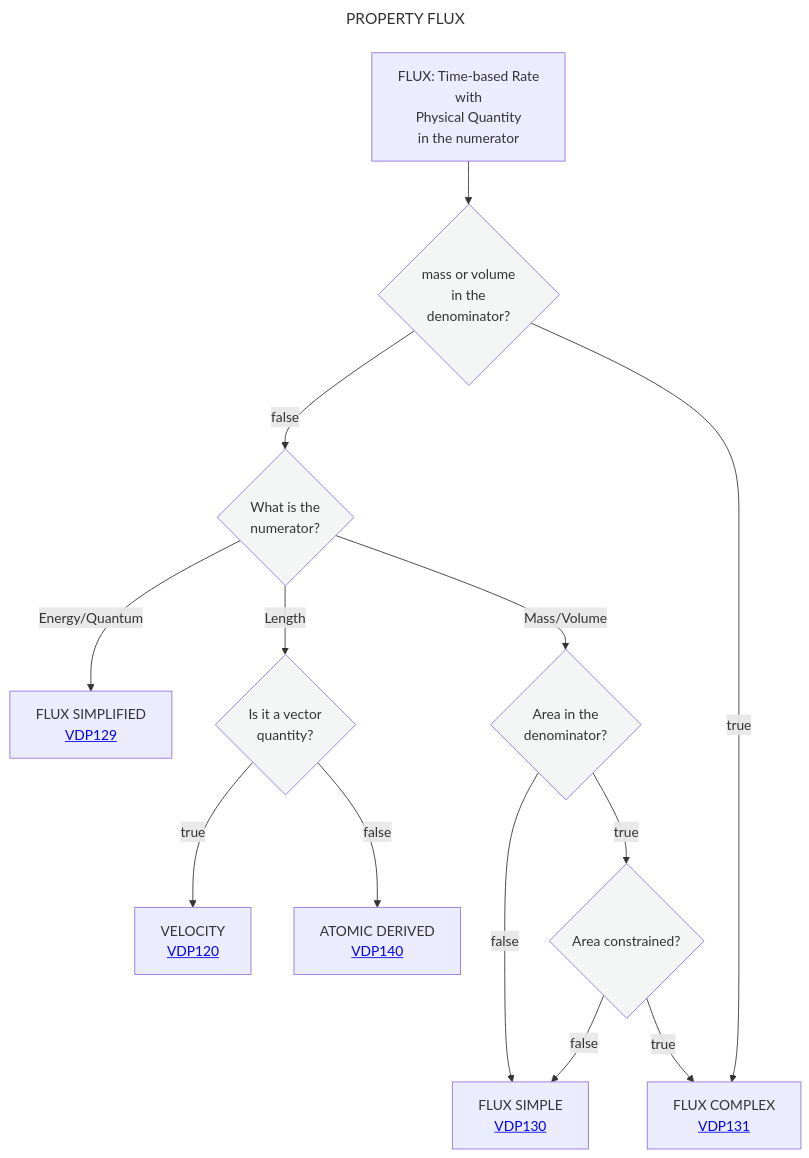
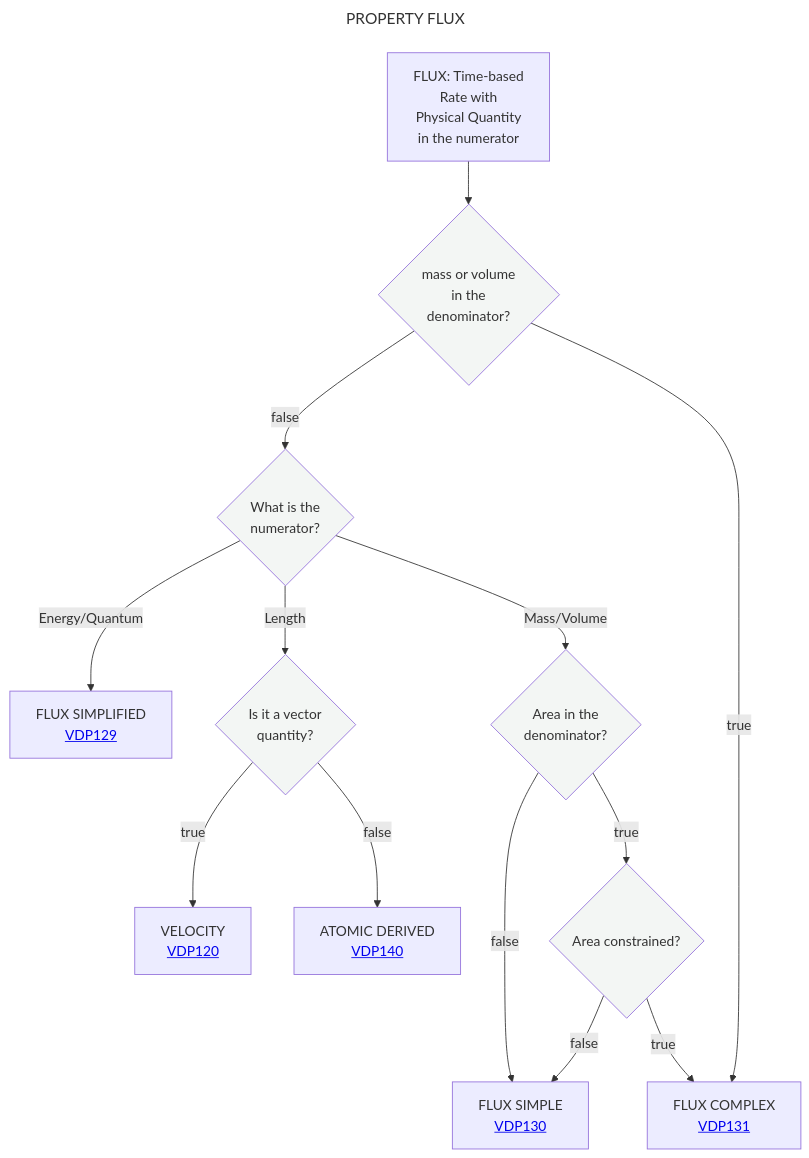
One commit to mabablue/I-ADOPT-patterns-playground changed the diagram in Decision_trees/DT4.mmd. Above: the diagram before and after it, drawn with Mermaid.

```diff
--- a/Decision_trees/DT4.mmd
+++ b/Decision_trees/DT4.mmd
@@ -1,20 +1,20 @@
 ---
 title: PROPERTY FLUX
 ---
 flowchart TD
-    A[FLUX: Time-based Rate <br> with <br> Physical Quantity <br> in the numerator] --> B{mass or volume <br> in the <br> denominator?}:::white
+    A[FLUX: Time-based <br> Rate with <br> Physical Quantity <br> in the numerator] --> B{mass or volume <br> in the <br> denominator?}:::white
     B --> |false|C{What is the <br> numerator?}:::white
     C -- Energy/Quantum--> D[FLUX SIMPLIFIED <br> <a href='https://github.com/mabablue/I-ADOPT-patterns-playground/blob/main/pattern/VDP129.yaml'>VDP129</a>]
     C -- Length --> E{Is it a vector <br> quantity?}:::white
     E --> |true|J[VELOCITY <br> <a href='https://github.com/mabablue/I-ADOPT-patterns-playground/blob/main/pattern/VDP120.yaml'>VDP120</a] 
     E --> |false|K[ATOMIC DERIVED <br> <a href='https://github.com/mabablue/I-ADOPT-patterns-playground/blob/main/pattern/VDP140.yaml'>VDP140</a] 
     C -- Mass/Volume --> F{Area in the <br> denominator?}:::white
     F --> |false|I[FLUX SIMPLE <br> <a href='https://github.com/mabablue/I-ADOPT-patterns-playground/blob/main/pattern/VDP130.yaml'>VDP130</a>]
     F --> |true|G{Area constrained?}:::white 
     G --> |true|H[FLUX COMPLEX <br> <a href='https://github.com/mabablue/I-ADOPT-patterns-playground/blob/main/pattern/VDP131.yaml'>VDP131</a>]
     G --> |false|I
     B --> |true|H
    classDef blue fill:#90D5FF
    classDef satblue fill:#57B9FF 
    classDef white fill:#f3f6f4
    classDef green fill:#6aa84f
```
